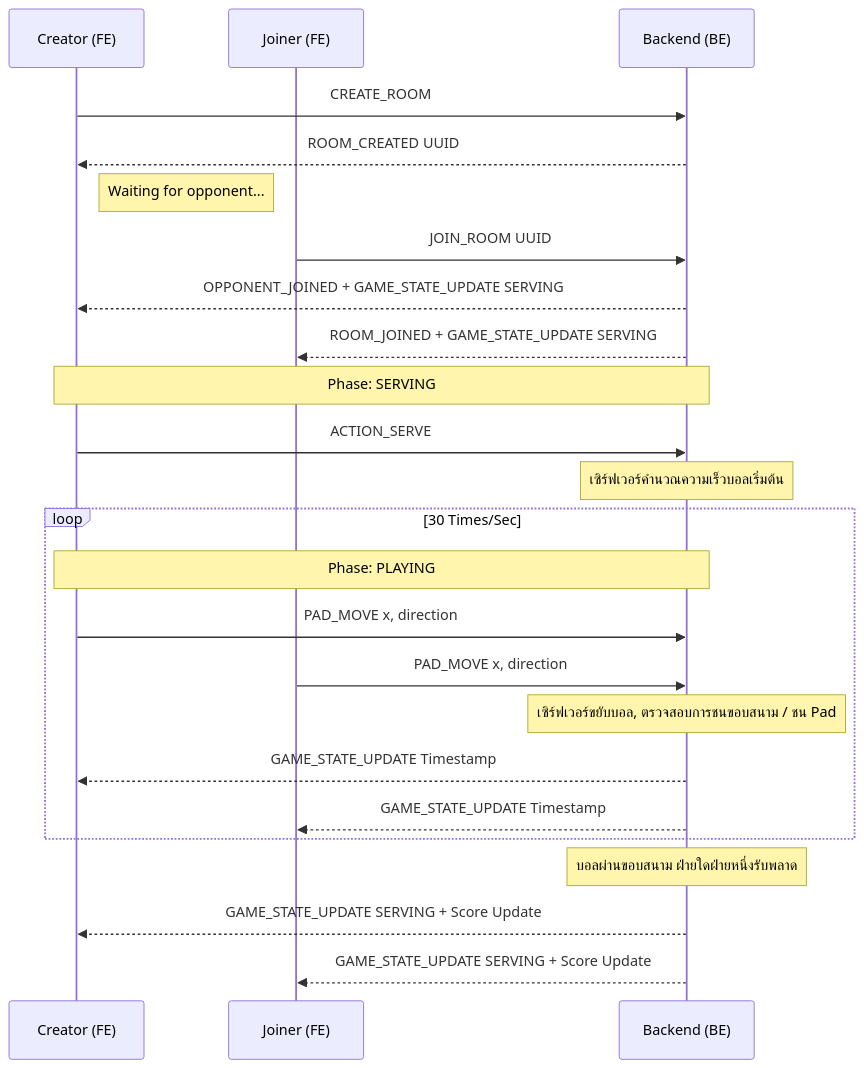
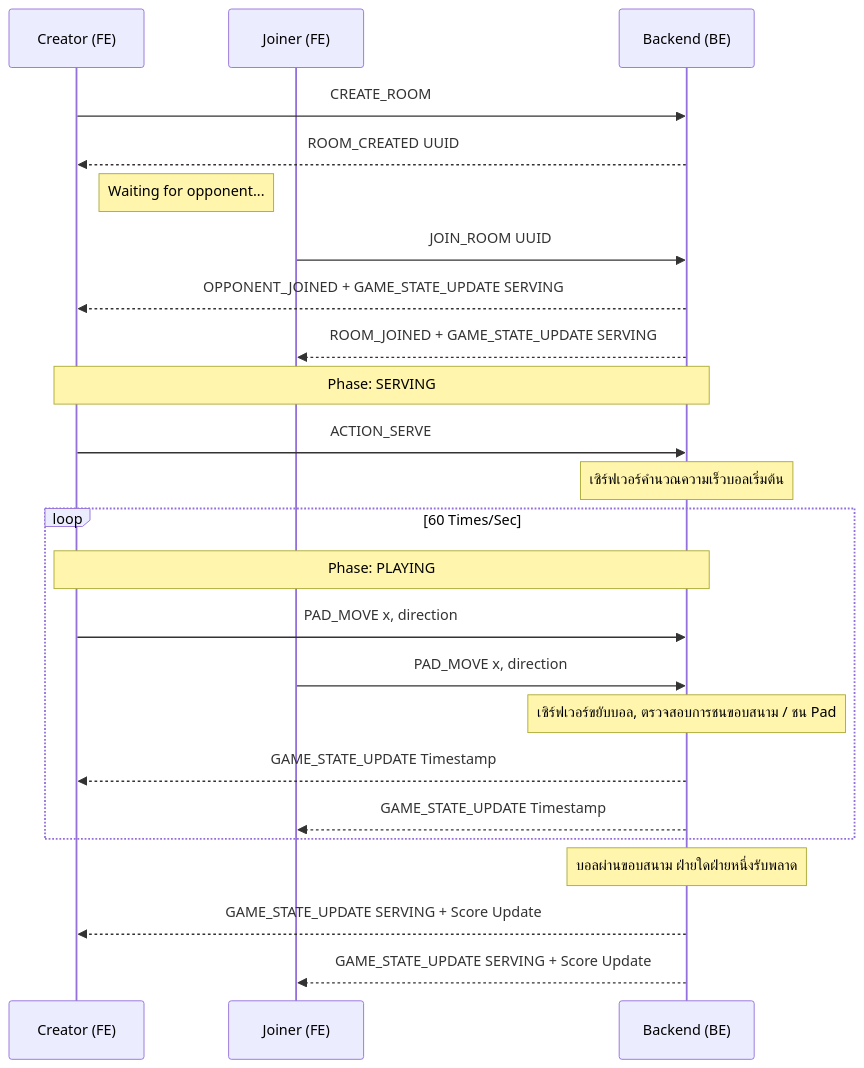
One commit to themiddnight/pong-online changed the second of 2 diagrams in docs/tech_architecture.md. Above: the diagram before and after it, drawn with Mermaid. The commit also changed other lines of this file and 5 other files, not shown here.

````diff
--- a/docs/tech_architecture.md
+++ b/docs/tech_architecture.md
@@ -64,31 +64,31 @@
 ```mermaid
 sequenceDiagram
     participant Player1 as Creator (FE)
     participant Player2 as Joiner (FE)
     participant Server as Backend (BE)
 
     Player1->>Server: CREATE_ROOM
     Server-->>Player1: ROOM_CREATED UUID
     Note right of Player1: Waiting for opponent...
 
     Player2->>Server: JOIN_ROOM UUID
     Server-->>Player1: OPPONENT_JOINED + GAME_STATE_UPDATE SERVING
     Server-->>Player2: ROOM_JOINED + GAME_STATE_UPDATE SERVING
 
     Note over Player1,Server: Phase: SERVING
     Player1->>Server: ACTION_SERVE
     Note over Server: เซิร์ฟเวอร์คำนวณความเร็วบอลเริ่มต้น
 
-    loop 30 Times/Sec
+    loop 60 Times/Sec
         Note over Player1,Server: Phase: PLAYING
         Player1->>Server: PAD_MOVE x, direction
         Player2->>Server: PAD_MOVE x, direction
         Note over Server: เซิร์ฟเวอร์ขยับบอล, ตรวจสอบการชนขอบสนาม / ชน Pad
         Server-->>Player1: GAME_STATE_UPDATE Timestamp
         Server-->>Player2: GAME_STATE_UPDATE Timestamp
     end
 
     Note over Server: บอลผ่านขอบสนาม ฝ่ายใดฝ่ายหนึ่งรับพลาด
     Server-->>Player1: GAME_STATE_UPDATE SERVING + Score Update
     Server-->>Player2: GAME_STATE_UPDATE SERVING + Score Update
 ```
````
